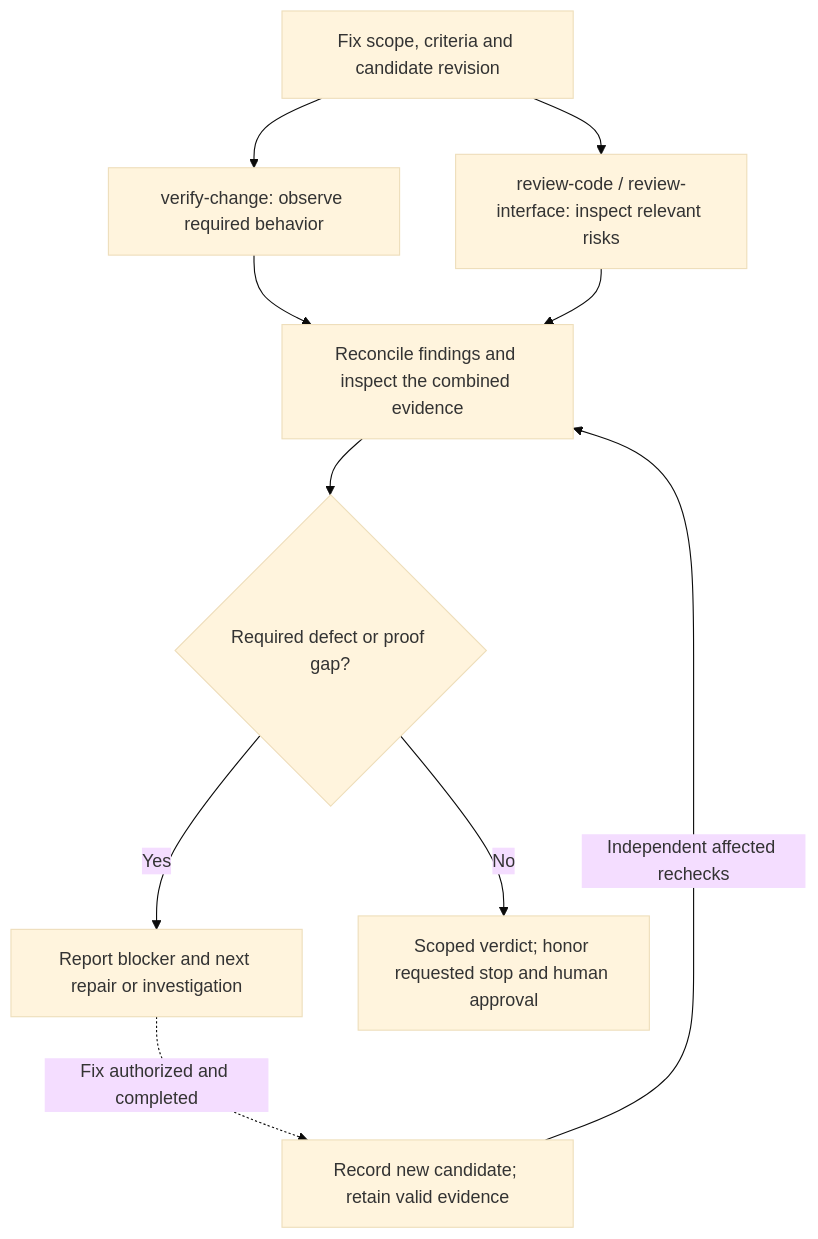
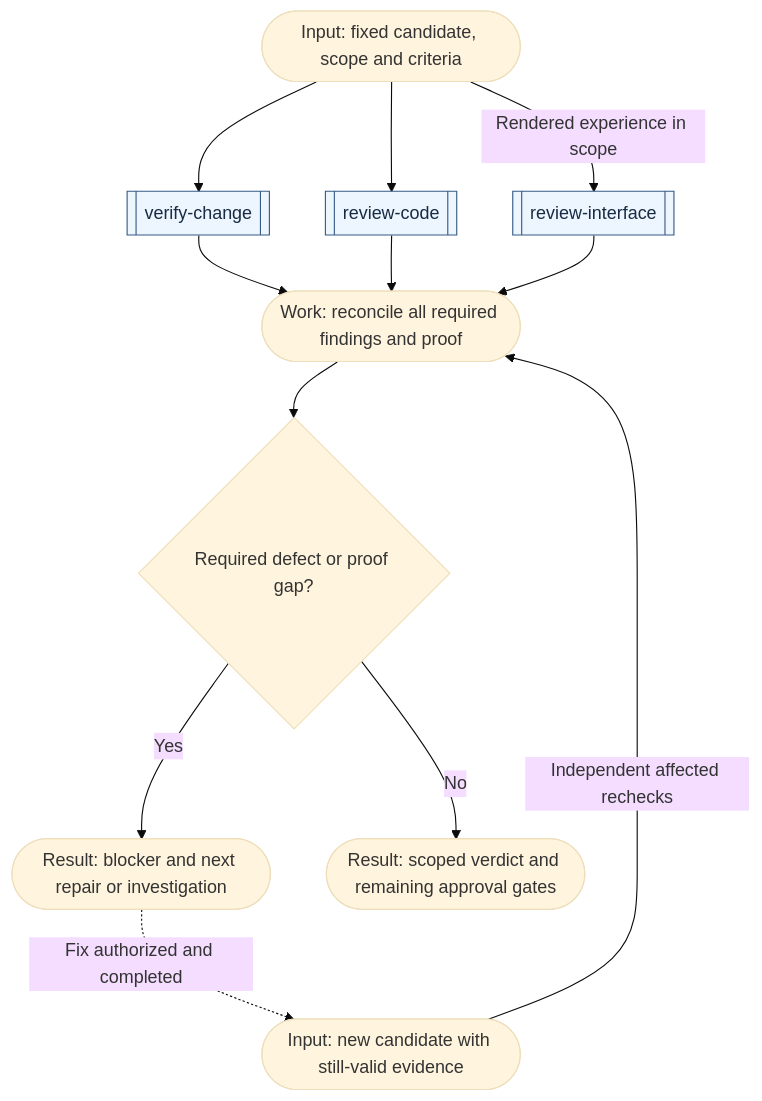
One commit to bobalazek/skills changed the third of 3 diagrams in docs/workflows.md. Above: the diagram before and after it, drawn with Mermaid (base theme). The commit also changed other lines of this file and 5 other files, not shown here.

````diff
--- a/docs/workflows.md
+++ b/docs/workflows.md
@@ -127,12 +183,16 @@
 ```mermaid
 flowchart TD
-  Scope["Fix scope, criteria and candidate revision"] --> Proof["verify-change: observe required behavior"]
-  Scope --> Risks["review-code / review-interface: inspect relevant risks"]
-  Proof --> Join["Reconcile findings and inspect the combined evidence"]
-  Risks --> Join
+  Scope(["Input: fixed candidate, scope and criteria"]) --> Proof[["verify-change"]]
+  Scope --> Code[["review-code"]]
+  Scope -->|Rendered experience in scope| UI[["review-interface"]]
+  Proof --> Join(["Work: reconcile all required findings and proof"])
+  Code --> Join
+  UI --> Join
   Join --> Gate{"Required defect or proof gap?"}
-  Gate -->|Yes| Gap["Report blocker and next repair or investigation"]
-  Gap -. "Fix authorized and completed" .-> Updated["Record new candidate; retain valid evidence"]
+  Gate -->|Yes| Gap(["Result: blocker and next repair or investigation"])
+  Gap -. "Fix authorized and completed" .-> Updated(["Input: new candidate with still-valid evidence"])
   Updated -->|Independent affected rechecks| Join
-  Gate -->|No| Verdict["Scoped verdict; honor requested stop and human approval"]
+  Gate -->|No| Verdict(["Result: scoped verdict and remaining approval gates"])
+  classDef skill fill:#edf5ff,stroke:#355b85,color:#172b42;
+  class Proof,Code,UI skill;
 ```
````
